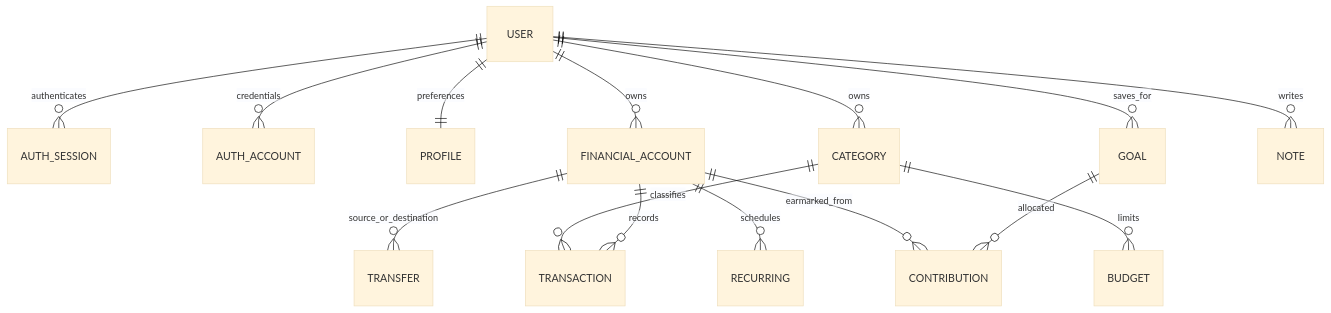
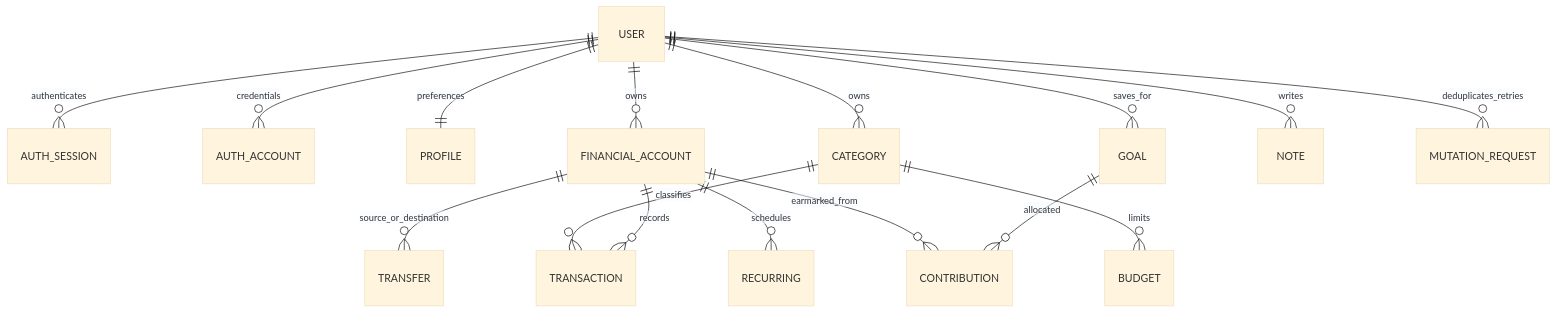
The diagram in README.md (sami1507/mizan-finance-web), drawn with Mermaid (base theme) before and after one commit. The commit also changed other lines of this file and 124 other files, not shown here.

````diff
--- a/README.md
+++ b/README.md
@@ -90,17 +98,18 @@
 ```mermaid
 erDiagram
   USER ||--o{ AUTH_SESSION : authenticates
   USER ||--o{ AUTH_ACCOUNT : credentials
   USER ||--|| PROFILE : preferences
   USER ||--o{ FINANCIAL_ACCOUNT : owns
   USER ||--o{ CATEGORY : owns
   FINANCIAL_ACCOUNT ||--o{ TRANSACTION : records
   CATEGORY ||--o{ TRANSACTION : classifies
   FINANCIAL_ACCOUNT ||--o{ TRANSFER : source_or_destination
   CATEGORY ||--o{ BUDGET : limits
   USER ||--o{ GOAL : saves_for
   GOAL ||--o{ CONTRIBUTION : allocated
   FINANCIAL_ACCOUNT ||--o{ CONTRIBUTION : earmarked_from
   FINANCIAL_ACCOUNT ||--o{ RECURRING : schedules
   USER ||--o{ NOTE : writes
+  USER ||--o{ MUTATION_REQUEST : deduplicates_retries
 ```
````
